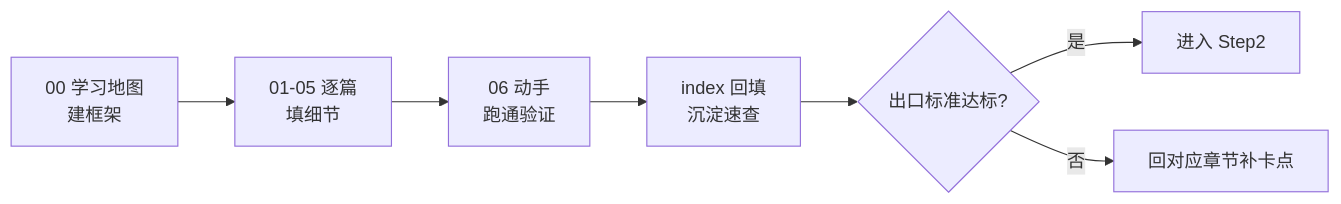
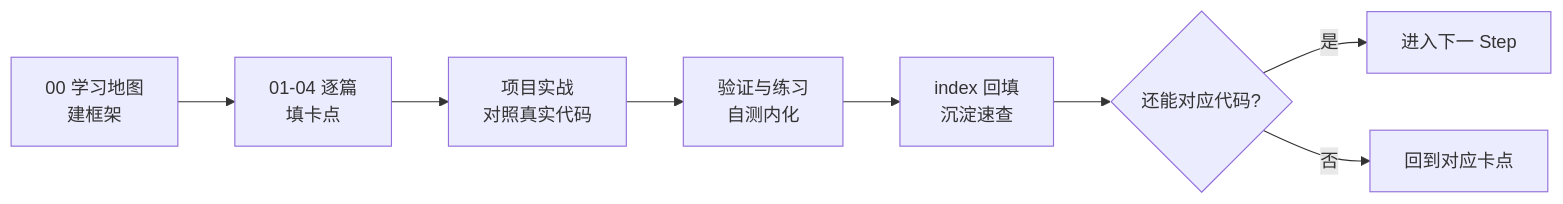
The diagram in doc/learn/README.md (zhu1j/aether-decompiler), drawn with Mermaid before and after one commit. The commit also changed other lines of this file and 59 other files, not shown here.

````diff
--- a/doc/learn/README.md
+++ b/doc/learn/README.md
@@ -30,9 +23,10 @@
 ```mermaid
 flowchart LR
-    A[00 学习地图<br/>建框架] --> B[01-05 逐篇<br/>填细节]
-    B --> C[06 动手<br/>跑通验证]
-    C --> D[index 回填<br/>沉淀速查]
-    D --> E{出口标准达标?}
-    E -- 是 --> F[进入 Step2]
-    E -- 否 --> G[回对应章节补卡点]
+    A[00 学习地图<br/>建框架] --> B[01-04 逐篇<br/>填卡点]
+    B --> C[项目实战<br/>对照真实代码]
+    C --> D[验证与练习<br/>自测内化]
+    D --> E[index 回填<br/>沉淀速查]
+    E --> F{还能对应代码?}
+    F -- 是 --> G[进入下一 Step]
+    F -- 否 --> H[回到对应卡点]
 ```
````
